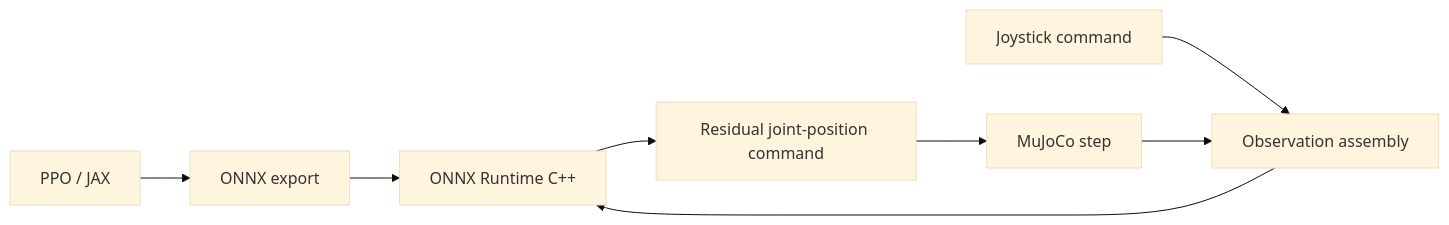
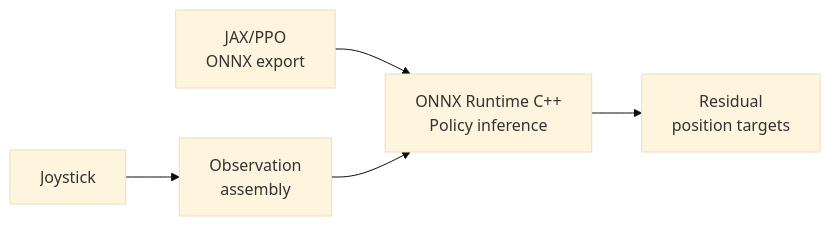
Before and after one commit to GokturkCan/biped-locomotion-ppo: the fourth of 4 diagrams in README.md, drawn with Mermaid (base theme). The commit also changed other lines of this file and 5 other files, not shown here.

````diff
--- a/README.md
+++ b/README.md
@@ -254,6 +245,6 @@
 ```mermaid
 flowchart LR
-    A["PPO / JAX"] --> B["ONNX export"] --> C["ONNX Runtime C++"]
-    J["Joystick command"] --> O["Observation assembly"] --> C
-    C --> R["Residual joint-position command"] --> S["MuJoCo step"] --> O
+    E["JAX/PPO<br/>ONNX export"] --> I["ONNX Runtime C++<br/>Policy inference"]
+    J["Joystick"] --> O["Observation<br/>assembly"] --> I
+    I --> T["Residual<br/>position targets"]
 ```
````
